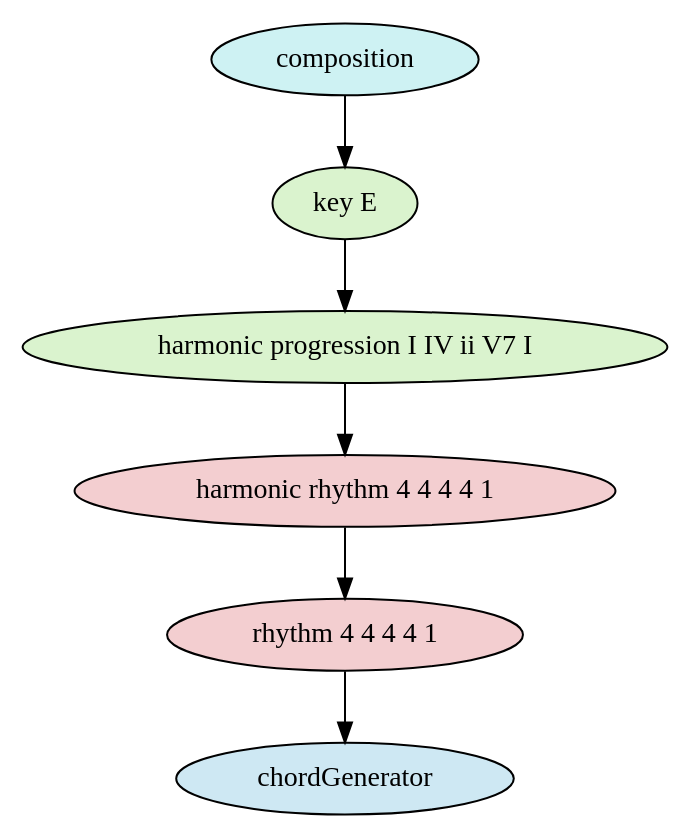
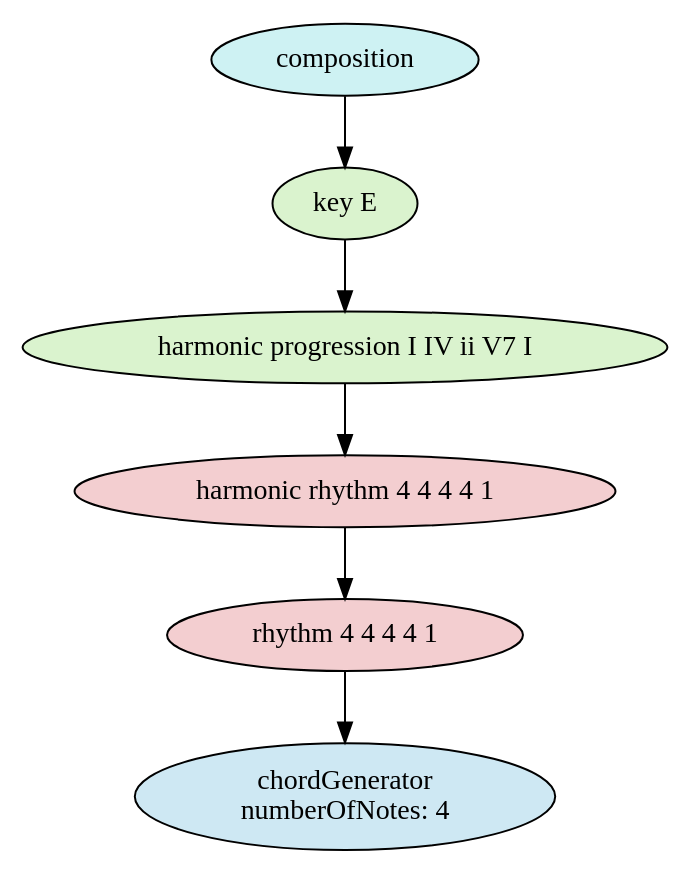
Before and after one commit to david-pace/mps-examples: the diagram in Model/ChordGenerator/SimpleHarmonicProgression/ChordGenerator_ContextTreeModel.dot, drawn with Graphviz. The commit also changed 7 other files, not shown here.

Commit message:
improved chord generator example

```diff
--- a/Model/ChordGenerator/SimpleHarmonicProgression/ChordGenerator_ContextTreeModel.dot
+++ b/Model/ChordGenerator/SimpleHarmonicProgression/ChordGenerator_ContextTreeModel.dot
@@ -1,14 +1,15 @@
 digraph compositionModel {
     graph [ordering="out"];
     n0 [fillcolor="#cef2f3",style="filled",label="composition"];
     n1 [fillcolor="#daf3ce",style="filled",label="key E"];
     n0 -> n1;
     n2 [fillcolor="#daf3ce",style="filled",label="harmonic progression I IV ii V7 I"];
     n1 -> n2;
     n3 [fillcolor="#f3ced0",style="filled",label="harmonic rhythm 4 4 4 4 1"];
     n2 -> n3;
     n4 [fillcolor="#f3ced0",style="filled",label="rhythm 4 4 4 4 1"];
     n3 -> n4;
-    n5 [fillcolor="#cee8f3",style="filled",label="chordGenerator"];
+    n5 [fillcolor="#cee8f3",style="filled",label="chordGenerator
+numberOfNotes: 4"];
     n4 -> n5;
 }
```
